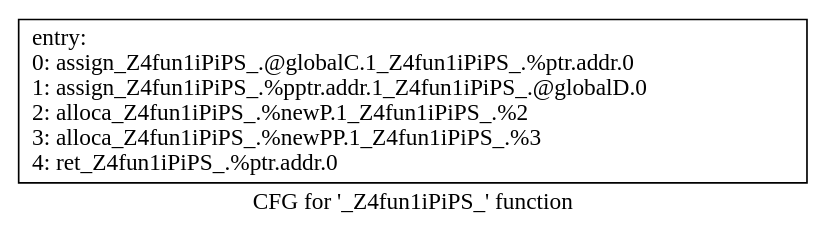
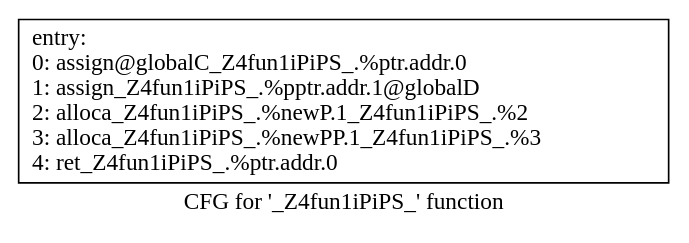
The diagram in testExample/ssa result/testExfun1test.dot (pqhQAQ/Ouroboros-dataset), drawn with Graphviz before and after one commit. The commit also changed 25 other files, not shown here.

```diff
--- a/testExample/ssa result/testExfun1test.dot
+++ b/testExample/ssa result/testExfun1test.dot
@@ -1,5 +1,5 @@
 digraph "CFG for '_Z4fun1iPiPS_' function" {
 	label="CFG for '_Z4fun1iPiPS_' function" ;
 
-	Node0x8f6db80 [shape=record,label="{entry:\l 0: assign	_Z4fun1iPiPS_.@globalC.1	_Z4fun1iPiPS_.%ptr.addr.0\l 1: assign	_Z4fun1iPiPS_.%pptr.addr.1	_Z4fun1iPiPS_.@globalD.0\l 2: alloca	_Z4fun1iPiPS_.%newP.1	_Z4fun1iPiPS_.%2\l 3: alloca	_Z4fun1iPiPS_.%newPP.1	_Z4fun1iPiPS_.%3\l 4: ret	_Z4fun1iPiPS_.%ptr.addr.0\l }"];
+	Node0x8f6db80 [shape=record,label="{entry:\l 0: assign	@globalC	_Z4fun1iPiPS_.%ptr.addr.0\l 1: assign	_Z4fun1iPiPS_.%pptr.addr.1	@globalD\l 2: alloca	_Z4fun1iPiPS_.%newP.1	_Z4fun1iPiPS_.%2\l 3: alloca	_Z4fun1iPiPS_.%newPP.1	_Z4fun1iPiPS_.%3\l 4: ret	_Z4fun1iPiPS_.%ptr.addr.0\l }"];
 }
```
